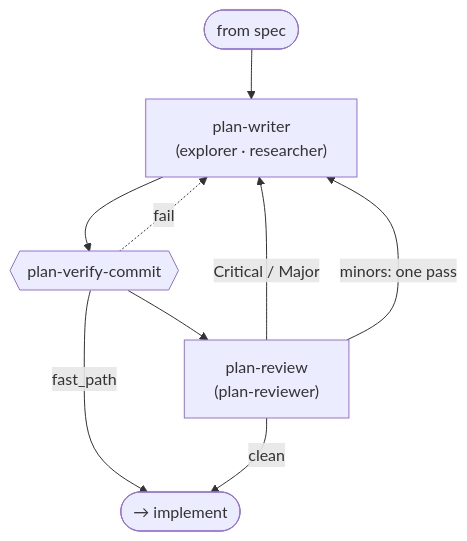
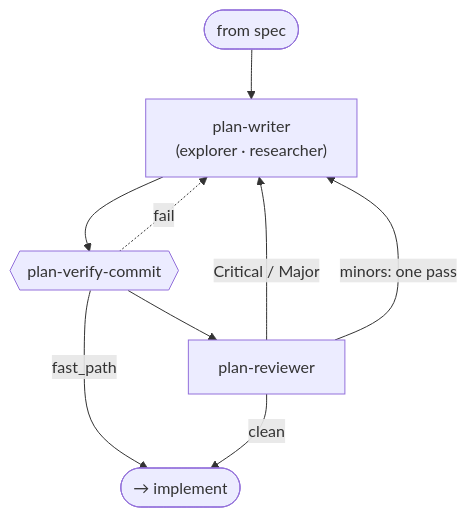
Before and after one commit to jpoimboe/imp: the ninth of 12 diagrams in docs/architecture.md, drawn with Mermaid. The commit also changed other lines of this file and 16 other files, not shown here.

````diff
--- a/docs/architecture.md
+++ b/docs/architecture.md
@@ -169,11 +169,11 @@
 ```mermaid
 flowchart TD
   in([from spec]) --> PW["plan-writer<br/>(explorer · researcher)"]
   PW --> PVC{{"plan-verify-commit"}}
   PVC -. fail .-> PW
   PVC -->|fast_path| out([→ implement])
-  PVC --> PR["plan-review<br/>(plan-reviewer)"]
+  PVC --> PR["plan-reviewer"]
   PR -->|"Critical / Major"| PW
   PR -->|"minors: one pass"| PW
   PR -->|clean| out
 ```
````
